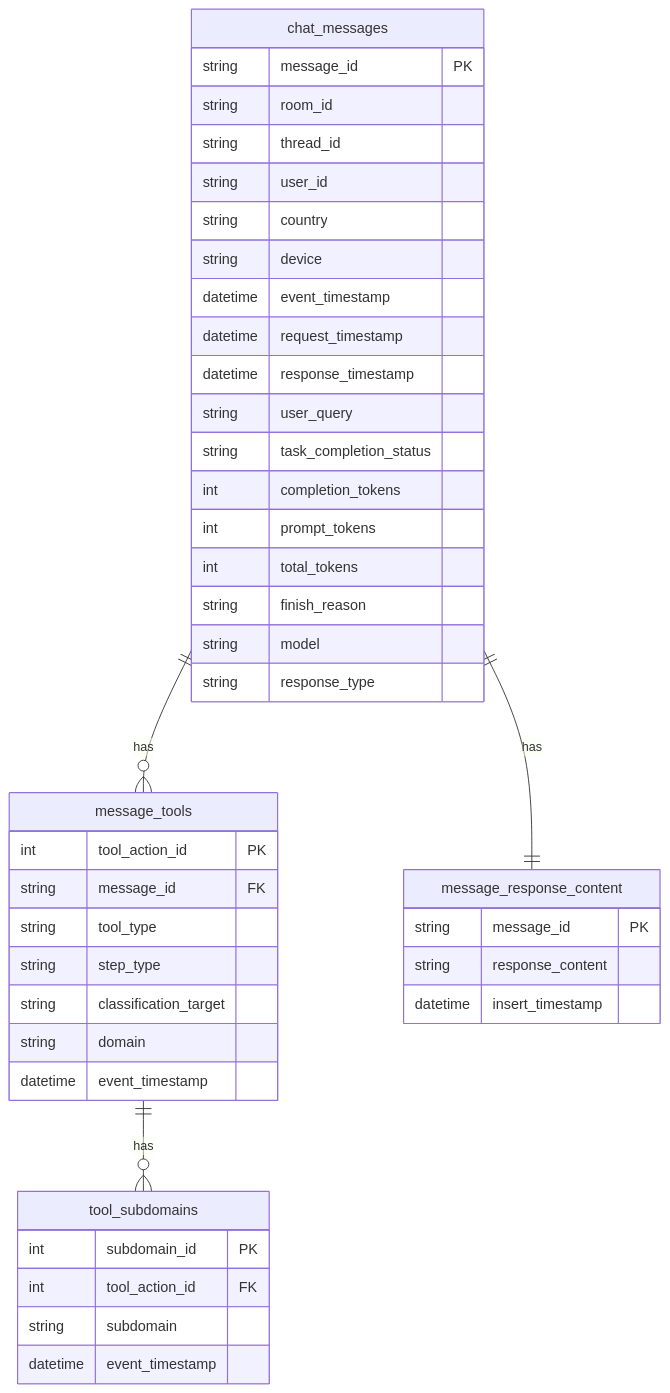
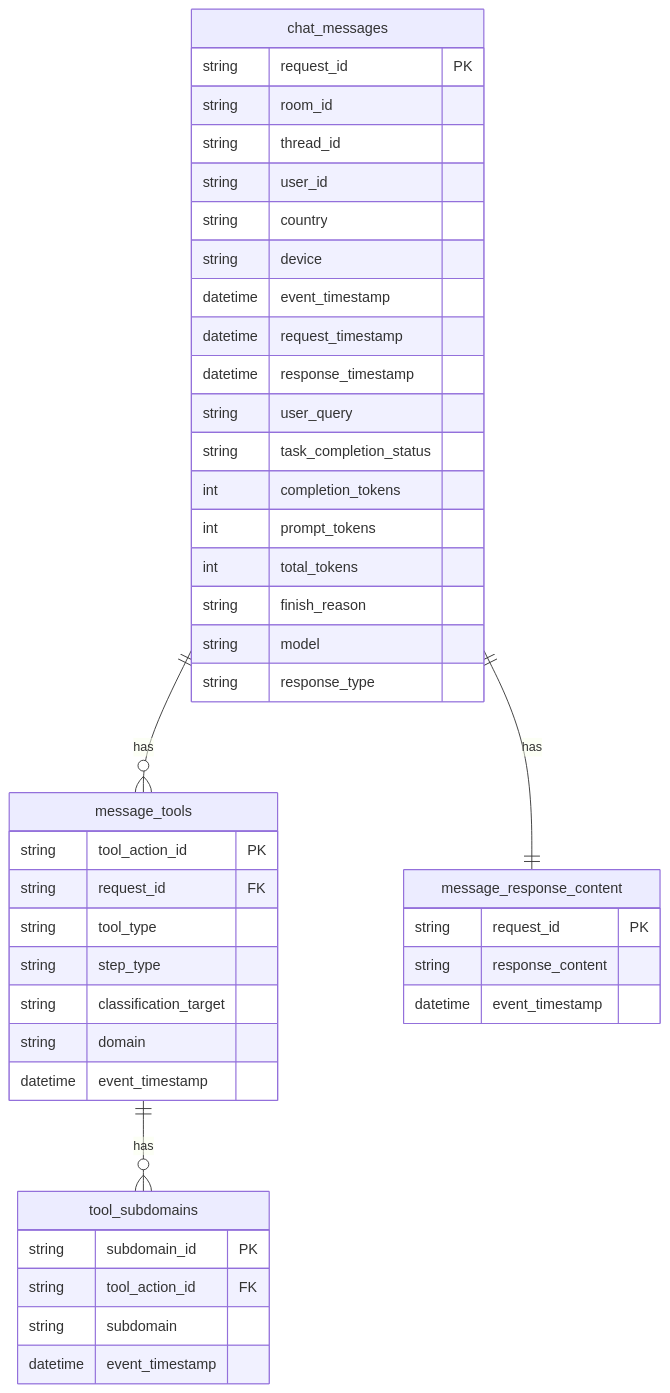
Before and after one commit to np3137/redshift_schema: the diagram in ER_DIAGRAM.md, drawn with Mermaid. The commit also changed other lines of this file, not shown here.

````diff
--- a/ER_DIAGRAM.md
+++ b/ER_DIAGRAM.md
@@ -10,49 +10,49 @@
 ```mermaid
 erDiagram
     chat_messages {
-        string message_id PK
+        string request_id PK
         string room_id
         string thread_id
         string user_id
         string country
         string device
         datetime event_timestamp
         datetime request_timestamp
         datetime response_timestamp
         string user_query
         string task_completion_status
         int completion_tokens
         int prompt_tokens
         int total_tokens
         string finish_reason
         string model
         string response_type
     }
     
     message_tools {
-        int tool_action_id PK
-        string message_id FK
+        string tool_action_id PK
+        string request_id FK
         string tool_type
         string step_type
         string classification_target
         string domain
         datetime event_timestamp
     }
     
     tool_subdomains {
-        int subdomain_id PK
-        int tool_action_id FK
+        string subdomain_id PK
+        string tool_action_id FK
         string subdomain
         datetime event_timestamp
     }
     
     message_response_content {
-        string message_id PK
+        string request_id PK
         string response_content
-        datetime insert_timestamp
+        datetime event_timestamp
     }
     
     chat_messages ||--o{ message_tools : "has"
     chat_messages ||--|| message_response_content : "has"
     message_tools ||--o{ tool_subdomains : "has"
 ```
````
